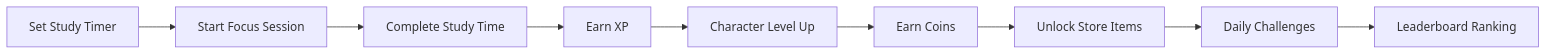
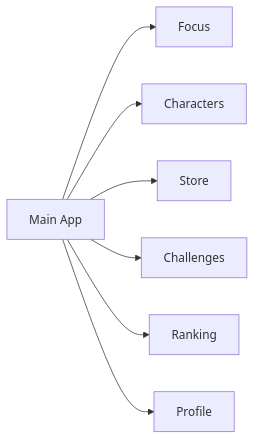
Before and after one commit to bipulkumar62/FocusSaga-XP: the second of 14 diagrams in README.md, drawn with Mermaid. The commit also changed other lines of this file, not shown here.

````diff
--- a/README.md
+++ b/README.md
@@ -14,11 +104,9 @@
 ```mermaid
 flowchart LR
-    A[Set Study Timer] --> B[Start Focus Session]
-    B --> C[Complete Study Time]
-    C --> D[Earn XP]
-    D --> E[Character Level Up]
-    E --> F[Earn Coins]
-    F --> G[Unlock Store Items]
-    G --> H[Daily Challenges]
-    H --> I[Leaderboard Ranking]
+    A[Main App] --> B[Focus]
+    A --> C[Characters]
+    A --> D[Store]
+    A --> E[Challenges]
+    A --> F[Ranking]
+    A --> G[Profile]
 ```
````
